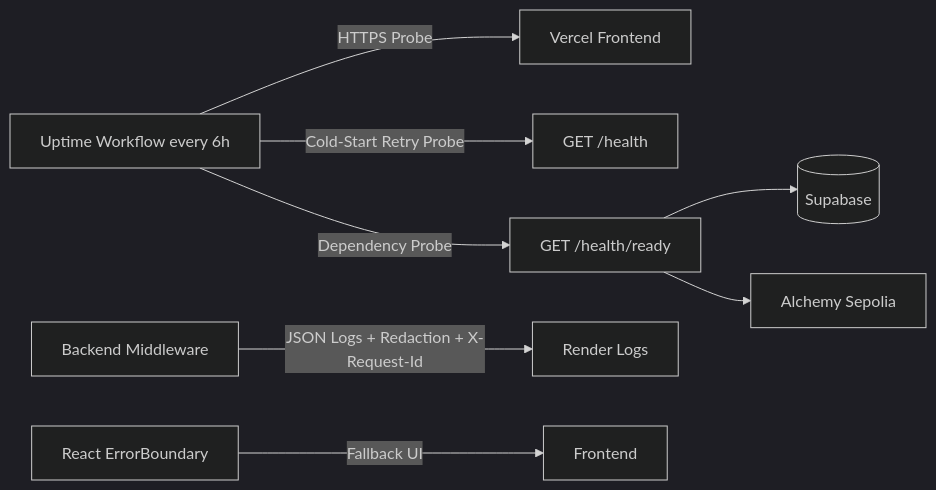
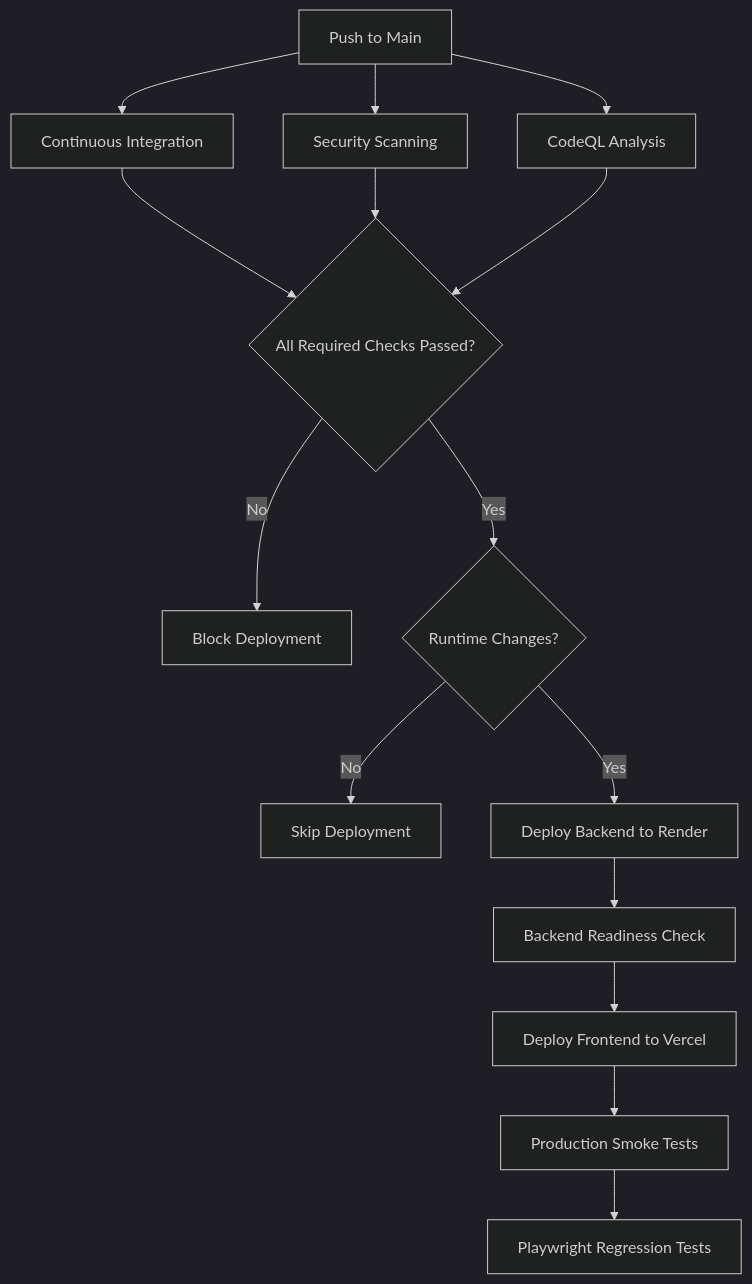
The fourth of 4 diagrams in README.md (Sidhant322129/eth-wallet-dapp), drawn with Mermaid (dark theme) before and after one commit. The commit also changed other lines of this file, not shown here.

````diff
--- a/README.md
+++ b/README.md
@@ -134,10 +303,21 @@
 ```mermaid
-flowchart LR
-    U[Uptime Workflow every 6h] -->|HTTPS Probe| FE[Vercel Frontend]
-    U -->|Cold-Start Retry Probe| H1[GET /health]
-    U -->|Dependency Probe| H2[GET /health/ready]
-    H2 --> DB[(Supabase)]
-    H2 --> RPC[Alchemy Sepolia]
-    BE[Backend Middleware] -->|JSON Logs + Redaction + X-Request-Id| RL[Render Logs]
-    EB[React ErrorBoundary] -->|Fallback UI| UI[Frontend]
+flowchart TD
+    A[Push to Main] --> B[Continuous Integration]
+    A --> C[Security Scanning]
+    A --> D[CodeQL Analysis]
+
+    B --> E{All Required Checks Passed?}
+    C --> E
+    D --> E
+
+    E -->|No| F[Block Deployment]
+    E -->|Yes| G{Runtime Changes?}
+
+    G -->|No| H[Skip Deployment]
+    G -->|Yes| I[Deploy Backend to Render]
+
+    I --> J[Backend Readiness Check]
+    J --> K[Deploy Frontend to Vercel]
+    K --> L[Production Smoke Tests]
+    L --> M[Playwright Regression Tests]
 ```
````
